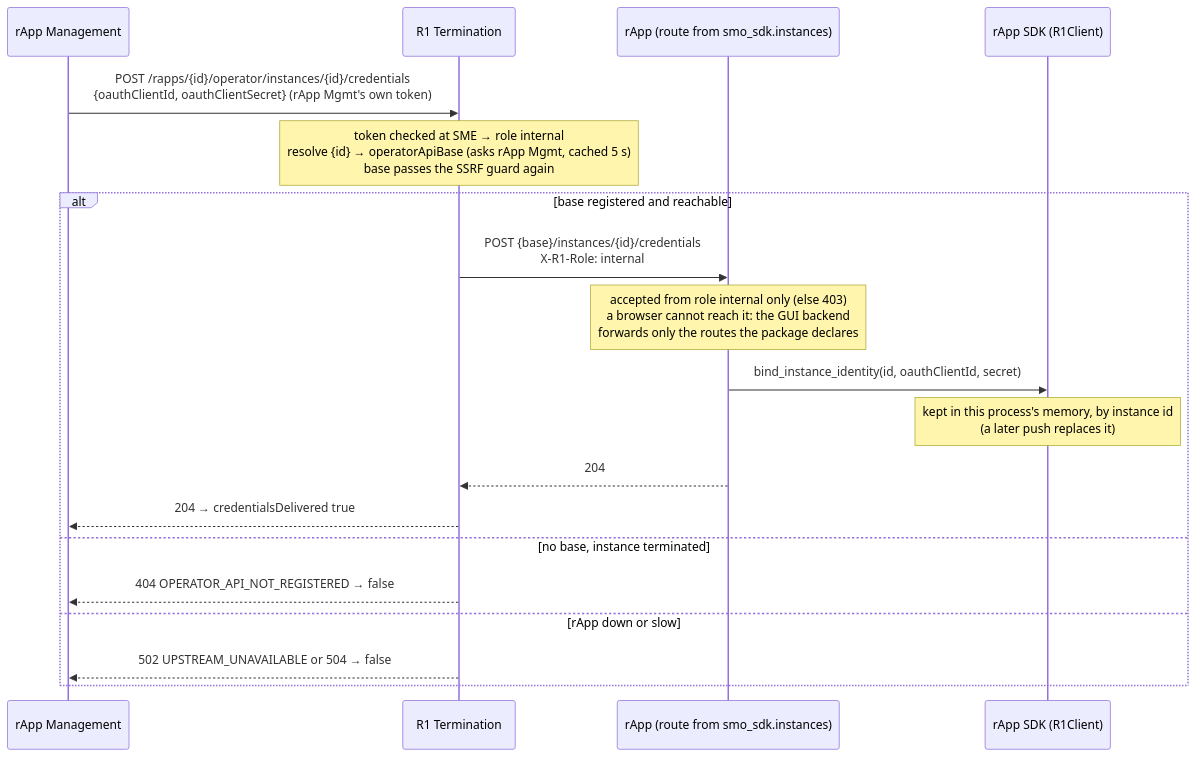
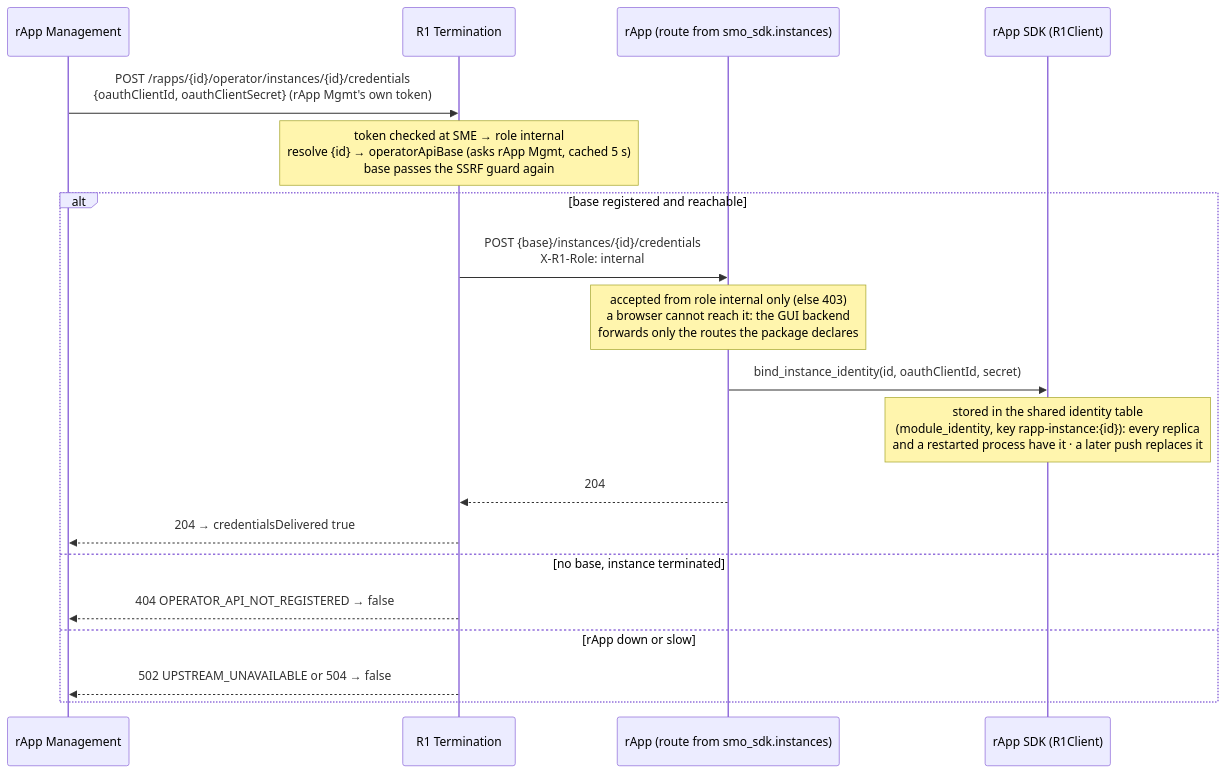
The third of 5 diagrams in smo/docs/call-flows/01-rapp-onboarding-to-deployment.md (rsys-bshankar/ai-ran-smo), drawn with Mermaid before and after one commit. The commit also changed other lines of this file and 23 other files, not shown here.

First line of the commit message:
Flow 01: keep instance credentials in the shared identity table; guard entries

````diff
--- a/smo/docs/call-flows/01-rapp-onboarding-to-deployment.md
+++ b/smo/docs/call-flows/01-rapp-onboarding-to-deployment.md
@@ -113,22 +113,22 @@
 ```mermaid
 sequenceDiagram
     participant RM as rApp Management
     participant R1 as R1 Termination
     participant App as rApp (route from smo_sdk.instances)
     participant SDK as rApp SDK (R1Client)
 
     RM->>R1: POST /rapps/{id}/operator/instances/{id}/credentials<br/>{oauthClientId, oauthClientSecret} (rApp Mgmt's own token)
     Note over R1: token checked at SME → role internal<br/>resolve {id} → operatorApiBase (asks rApp Mgmt, cached 5 s)<br/>base passes the SSRF guard again
     alt base registered and reachable
         R1->>App: POST {base}/instances/{id}/credentials<br/>X-R1-Role: internal
         Note over App: accepted from role internal only (else 403)<br/>a browser cannot reach it: the GUI backend<br/>forwards only the routes the package declares
         App->>SDK: bind_instance_identity(id, oauthClientId, secret)
-        Note over SDK: kept in this process's memory, by instance id<br/>(a later push replaces it)
+        Note over SDK: stored in the shared identity table<br/>(module_identity, key rapp-instance:{id}): every replica<br/>and a restarted process have it · a later push replaces it
         App-->>R1: 204
         R1-->>RM: 204 → credentialsDelivered true
     else no base, instance terminated
         R1-->>RM: 404 OPERATOR_API_NOT_REGISTERED → false
     else rApp down or slow
         R1-->>RM: 502 UPSTREAM_UNAVAILABLE or 504 → false
     end
 ```
````
